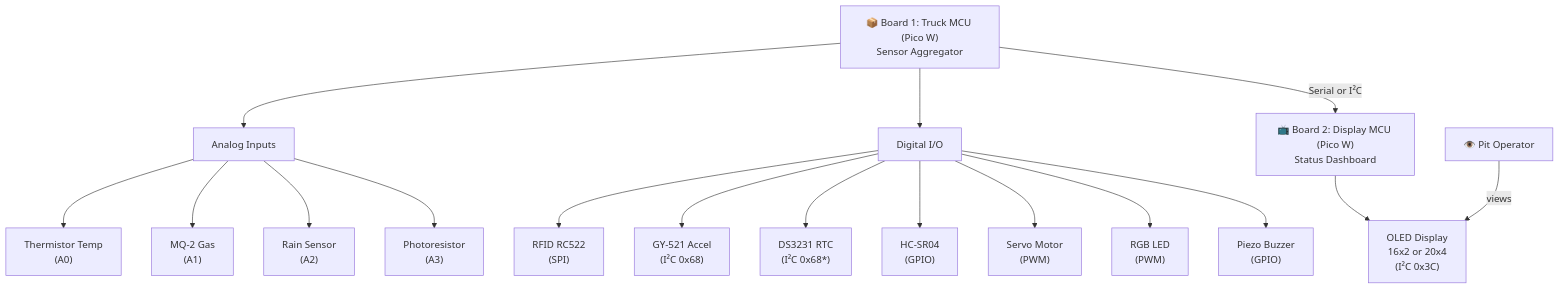
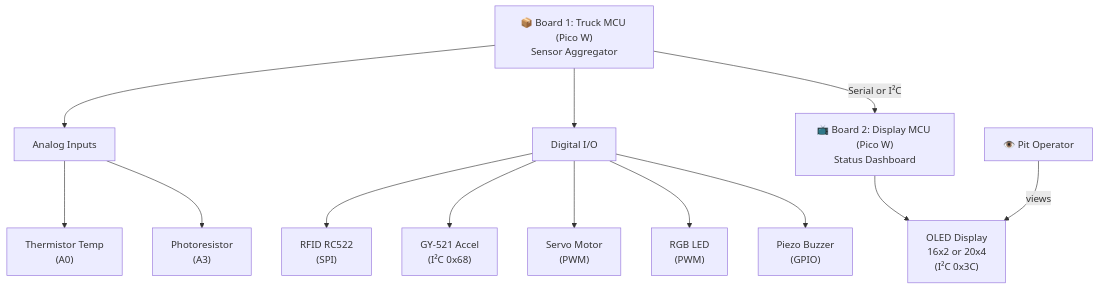
Before and after one commit to prgrobots/Iot2_new: the first of 7 diagrams in docs/electronics/09.md, drawn with Mermaid. The commit also changed other lines of this file and 4 other files, not shown here.

First line of the commit message:
Remove non-existent sensors: RTC, MQ-2, rain sensor

````diff
--- a/docs/electronics/09.md
+++ b/docs/electronics/09.md
@@ -99,25 +99,21 @@
 ```mermaid
 graph TB
     Board1["📦 Board 1: Truck MCU (Pico W)<br/>Sensor Aggregator"] 
     Board2["📺 Board 2: Display MCU (Pico W)<br/>Status Dashboard"]
     
     Board1 --> Analog[Analog Inputs]
     Analog --> Thermistor["Thermistor Temp<br/>(A0)"]
-    Analog --> MQ2["MQ-2 Gas<br/>(A1)"]
-    Analog --> Rain["Rain Sensor<br/>(A2)"]
     Analog --> Light["Photoresistor<br/>(A3)"]
     
     Board1 --> Digital[Digital I/O]
     Digital --> RFID["RFID RC522<br/>(SPI)"]
     Digital --> GY521["GY-521 Accel<br/>(I²C 0x68)"]
-    Digital --> RTC["DS3231 RTC<br/>(I²C 0x68*)"]
-    Digital --> Ultrasonic["HC-SR04<br/>(GPIO)"]
     Digital --> Servo["Servo Motor<br/>(PWM)"]
     Digital --> RGB["RGB LED<br/>(PWM)"]
     Digital --> Buzzer["Piezo Buzzer<br/>(GPIO)"]
     
     Board1 -->|Serial or I²C| Board2
     Board2 --> OLED["OLED Display<br/>16x2 or 20x4<br/>(I²C 0x3C)"]
     
     Operator["👁️ Pit Operator"] -->|views| OLED
 ```
````
